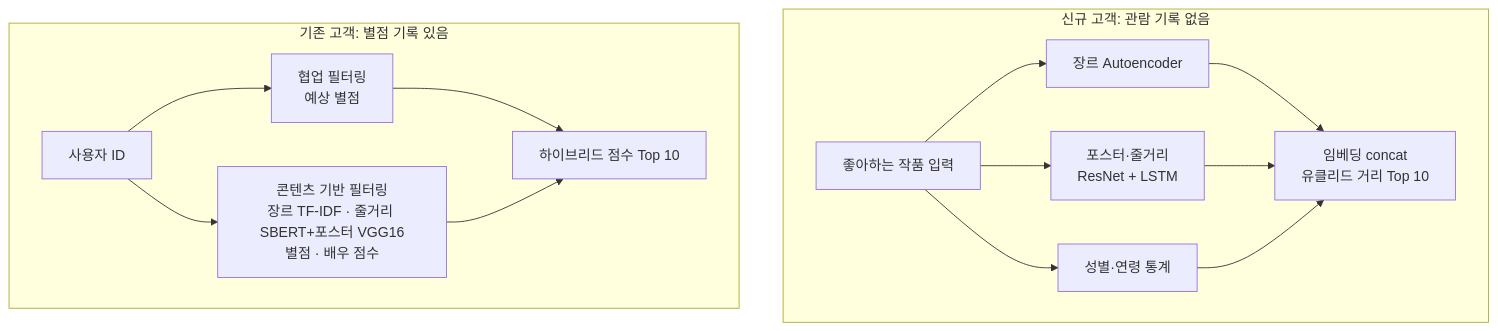
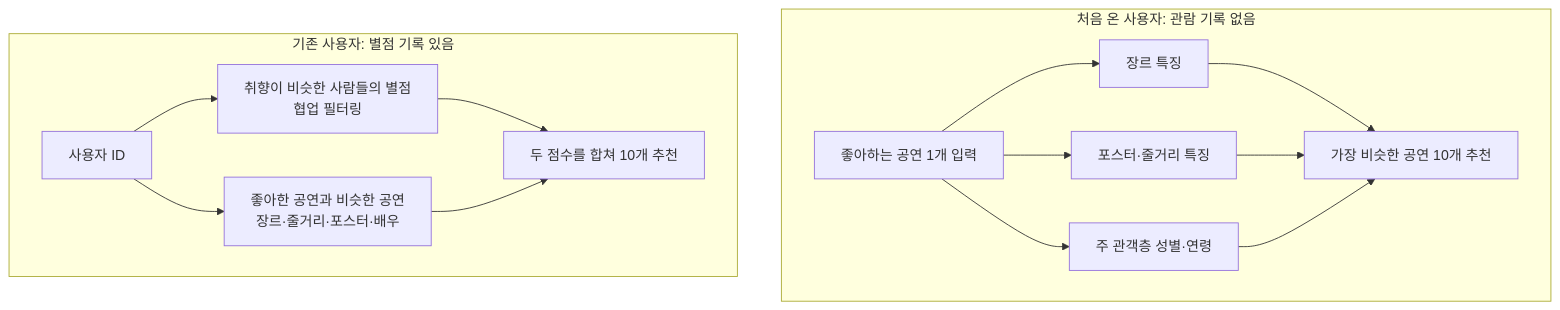
Before and after one commit to mjk022/portfolio: the diagram in 추천시스템/README.md, drawn with Mermaid. The commit also changed other lines of this file and 8 other files, not shown here.

````diff
--- a/추천시스템/README.md
+++ b/추천시스템/README.md
@@ -13,14 +41,14 @@
 ```mermaid
 flowchart TB
-    subgraph 신규고객[신규 고객: 관람 기록 없음]
-        A1[좋아하는 작품 입력] --> A2[장르 Autoencoder]
-        A1 --> A3[포스터·줄거리<br/>ResNet + LSTM]
-        A1 --> A4[성별·연령 통계]
-        A2 & A3 & A4 --> A5[임베딩 concat<br/>유클리드 거리 Top 10]
+    subgraph 신규고객[처음 온 사용자: 관람 기록 없음]
+        A1[좋아하는 공연 1개 입력] --> A2[장르 특징]
+        A1 --> A3[포스터·줄거리 특징]
+        A1 --> A4[주 관객층 성별·연령]
+        A2 & A3 & A4 --> A5[가장 비슷한 공연 10개 추천]
     end
-    subgraph 기존고객[기존 고객: 별점 기록 있음]
-        B1[사용자 ID] --> B2[협업 필터링<br/>예상 별점]
-        B1 --> B3[콘텐츠 기반 필터링<br/>장르 TF-IDF · 줄거리 SBERT+포스터 VGG16<br/>별점 · 배우 점수]
-        B2 & B3 --> B4[하이브리드 점수 Top 10]
+    subgraph 기존고객[기존 사용자: 별점 기록 있음]
+        B1[사용자 ID] --> B2[취향이 비슷한 사람들의 별점<br/>협업 필터링]
+        B1 --> B3[좋아한 공연과 비슷한 공연<br/>장르·줄거리·포스터·배우]
+        B2 & B3 --> B4[두 점수를 합쳐 10개 추천]
     end
 ```
````
